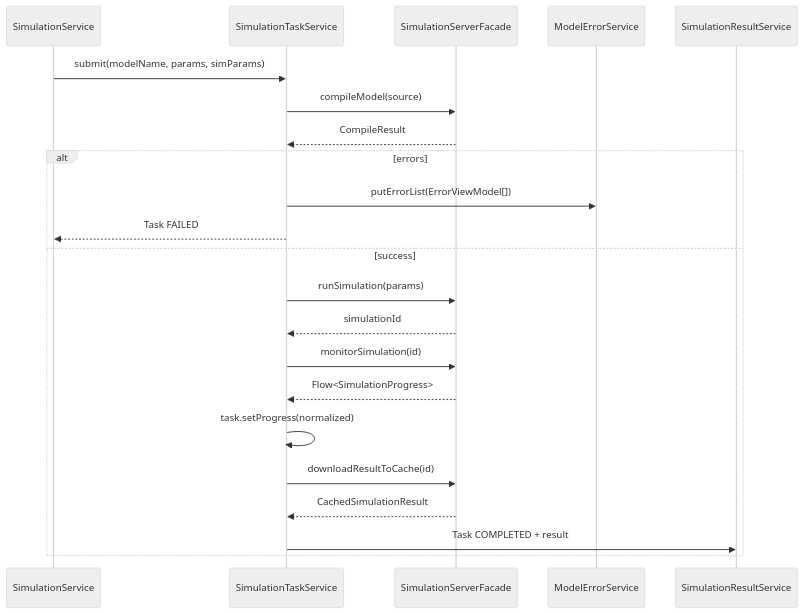
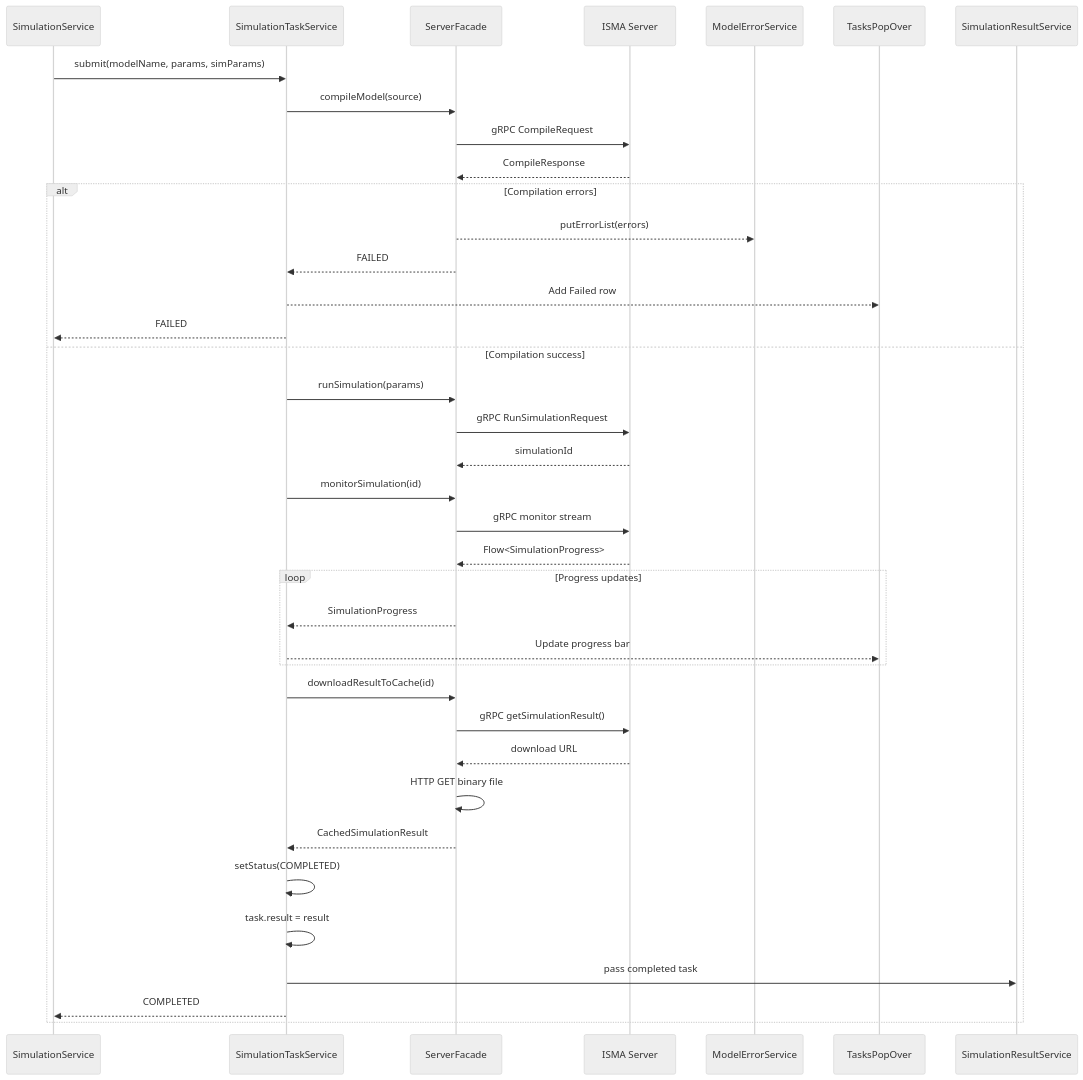
Before and after one commit to SmallBossGames/isma: the first of 5 diagrams in docs/isma-ui/ui-components/02-services.md, drawn with Mermaid (neutral theme). The commit also changed other lines of this file and 26 other files, not shown here.

````diff
--- a/docs/isma-ui/ui-components/02-services.md
+++ b/docs/isma-ui/ui-components/02-services.md
@@ -119,25 +119,41 @@
 ```mermaid
 sequenceDiagram
-    participant SimSvc as SimulationService
-    participant TaskSvc as SimulationTaskService
-    participant Facade as SimulationServerFacade
-    participant ErrSvc as ModelErrorService
+    participant SS as SimulationService
+    participant STS as SimulationTaskService
+    participant Facade as ServerFacade
+    participant Server as ISMA Server
+    participant ErrorSvc as ModelErrorService
+    participant Tasks as TasksPopOver
     participant ResultSvc as SimulationResultService
 
-    SimSvc->>TaskSvc: submit(modelName, params, simParams)
-    TaskSvc->>Facade: compileModel(source)
-    Facade-->>TaskSvc: CompileResult
-    alt errors
-        TaskSvc->>ErrSvc: putErrorList(ErrorViewModel[])
-        TaskSvc-->>SimSvc: Task FAILED
-    else success
-        TaskSvc->>Facade: runSimulation(params)
-        Facade-->>TaskSvc: simulationId
-        TaskSvc->>Facade: monitorSimulation(id)
-        Facade-->>TaskSvc: Flow<SimulationProgress>
-        TaskSvc->>TaskSvc: task.setProgress(normalized)
-        TaskSvc->>Facade: downloadResultToCache(id)
-        Facade-->>TaskSvc: CachedSimulationResult
-        TaskSvc->>ResultSvc: Task COMPLETED + result
+    SS->>STS: submit(modelName, params, simParams)
+    STS->>Facade: compileModel(source)
+    Facade->>Server: gRPC CompileRequest
+    Server-->>Facade: CompileResponse
+    alt Compilation errors
+        Facade-->>ErrorSvc: putErrorList(errors)
+        Facade-->>STS: FAILED
+        STS-->>Tasks: Add Failed row
+        STS-->>SS: FAILED
+    else Compilation success
+        STS->>Facade: runSimulation(params)
+        Facade->>Server: gRPC RunSimulationRequest
+        Server-->>Facade: simulationId
+        STS->>Facade: monitorSimulation(id)
+        Facade->>Server: gRPC monitor stream
+        Server-->>Facade: Flow<SimulationProgress>
+        loop Progress updates
+            Facade-->>STS: SimulationProgress
+            STS-->>Tasks: Update progress bar
+        end
+        STS->>Facade: downloadResultToCache(id)
+        Facade->>Server: gRPC getSimulationResult()
+        Server-->>Facade: download URL
+        Facade->>Facade: HTTP GET binary file
+        Facade-->>STS: CachedSimulationResult
+        STS->>STS: setStatus(COMPLETED)
+        STS->>STS: task.result = result
+        STS->>ResultSvc: pass completed task
+        STS-->>SS: COMPLETED
     end
 ```
````
